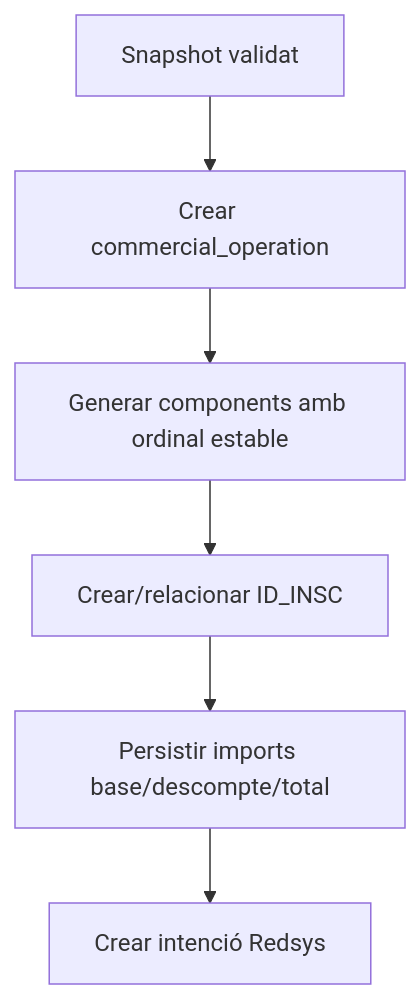
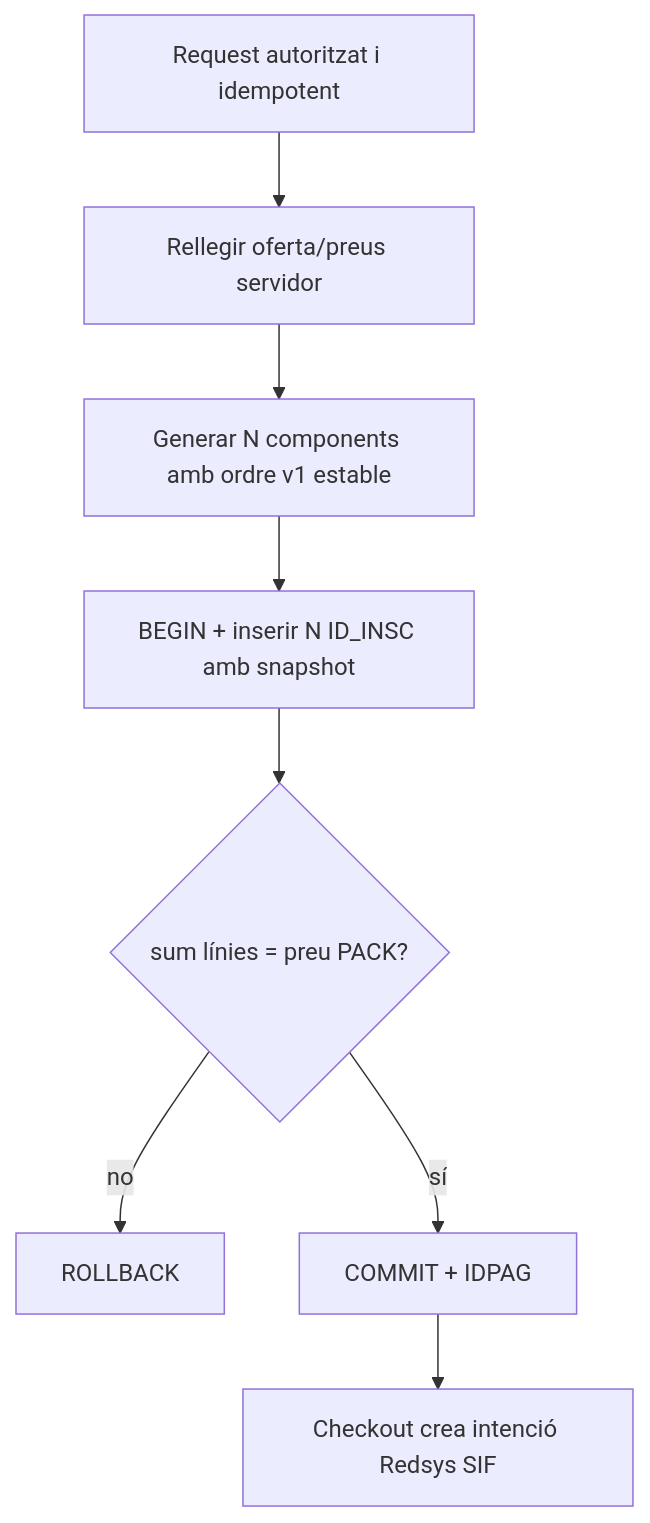
One commit to orgmeriemprismacat-del/verifactu changed the eighth of 20 diagrams in documentacio/07-uml-integrat/uc-015-activitats-pagines-pack-actual-final.md. Above: the diagram before and after it, drawn with Mermaid.

Commit message:
docs(UC-015): eliminar objectiu comercial fictici de PK-A04 FINAL

````diff
--- a/documentacio/07-uml-integrat/uc-015-activitats-pagines-pack-actual-final.md
+++ b/documentacio/07-uml-integrat/uc-015-activitats-pagines-pack-actual-final.md
@@ -131,8 +131,10 @@
 ```mermaid
 flowchart TD
-A[Snapshot validat] --> B[Crear commercial_operation]
-B --> C[Generar components amb ordinal estable]
-C --> D[Crear/relacionar ID_INSC]
-D --> E[Persistir imports base/descompte/total]
-E --> F[Crear intenció Redsys]
+A[Request autoritzat i idempotent] --> B[Rellegir oferta/preus servidor]
+B --> C[Generar N components amb ordre v1 estable]
+C --> D[BEGIN + inserir N ID_INSC amb snapshot]
+D --> E{sum línies = preu PACK?}
+E -- no --> F[ROLLBACK]
+E -- sí --> G[COMMIT + IDPAG]
+G --> H[Checkout crea intenció Redsys SIF]
 ```
````
